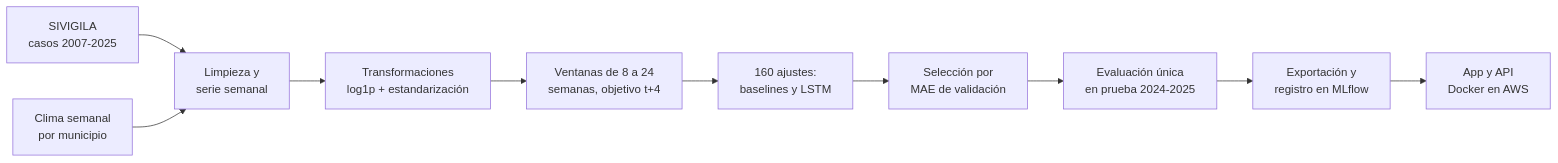
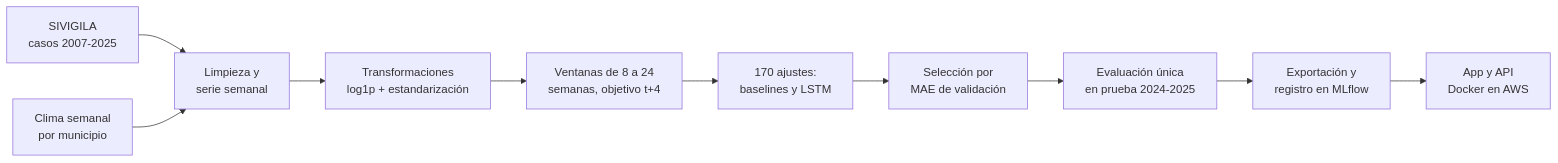
Before and after one commit to AFFlorez/ProyectoFinal: the diagram in README.md, drawn with Mermaid. The commit also changed other lines of this file and 16 other files, not shown here.

````diff
--- a/README.md
+++ b/README.md
@@ -86,12 +86,12 @@
 ```mermaid
 flowchart LR
     A[SIVIGILA<br/>casos 2007-2025] --> C[Limpieza y<br/>serie semanal]
     B[Clima semanal<br/>por municipio] --> C
     C --> D[Transformaciones<br/>log1p + estandarización]
     D --> E[Ventanas de 8 a 24<br/>semanas, objetivo t+4]
-    E --> F[160 ajustes:<br/>baselines y LSTM]
+    E --> F[170 ajustes:<br/>baselines y LSTM]
     F --> G[Selección por<br/>MAE de validación]
     G --> H[Evaluación única<br/>en prueba 2024-2025]
     H --> I[Exportación y<br/>registro en MLflow]
     I --> J[App y API<br/>Docker en AWS]
 ```
````
